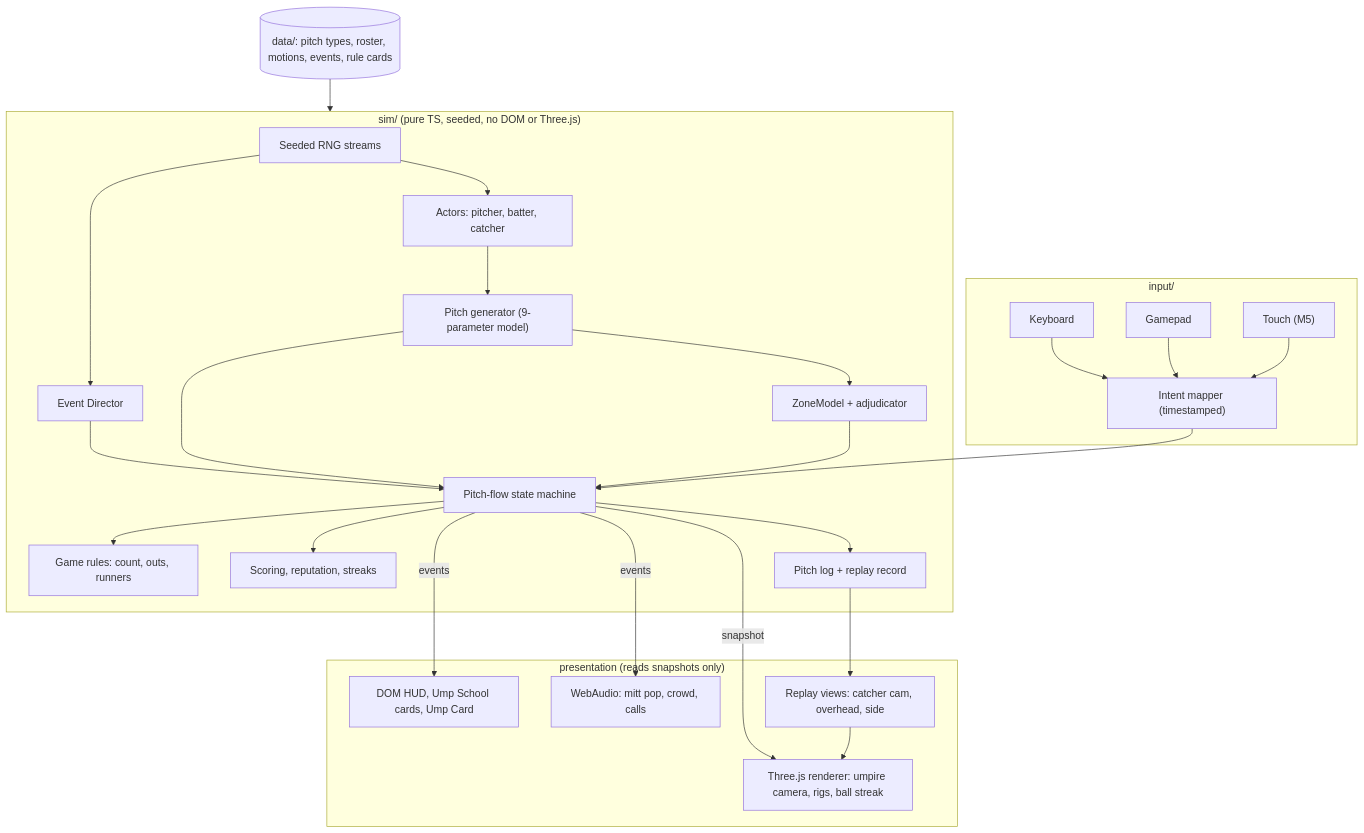
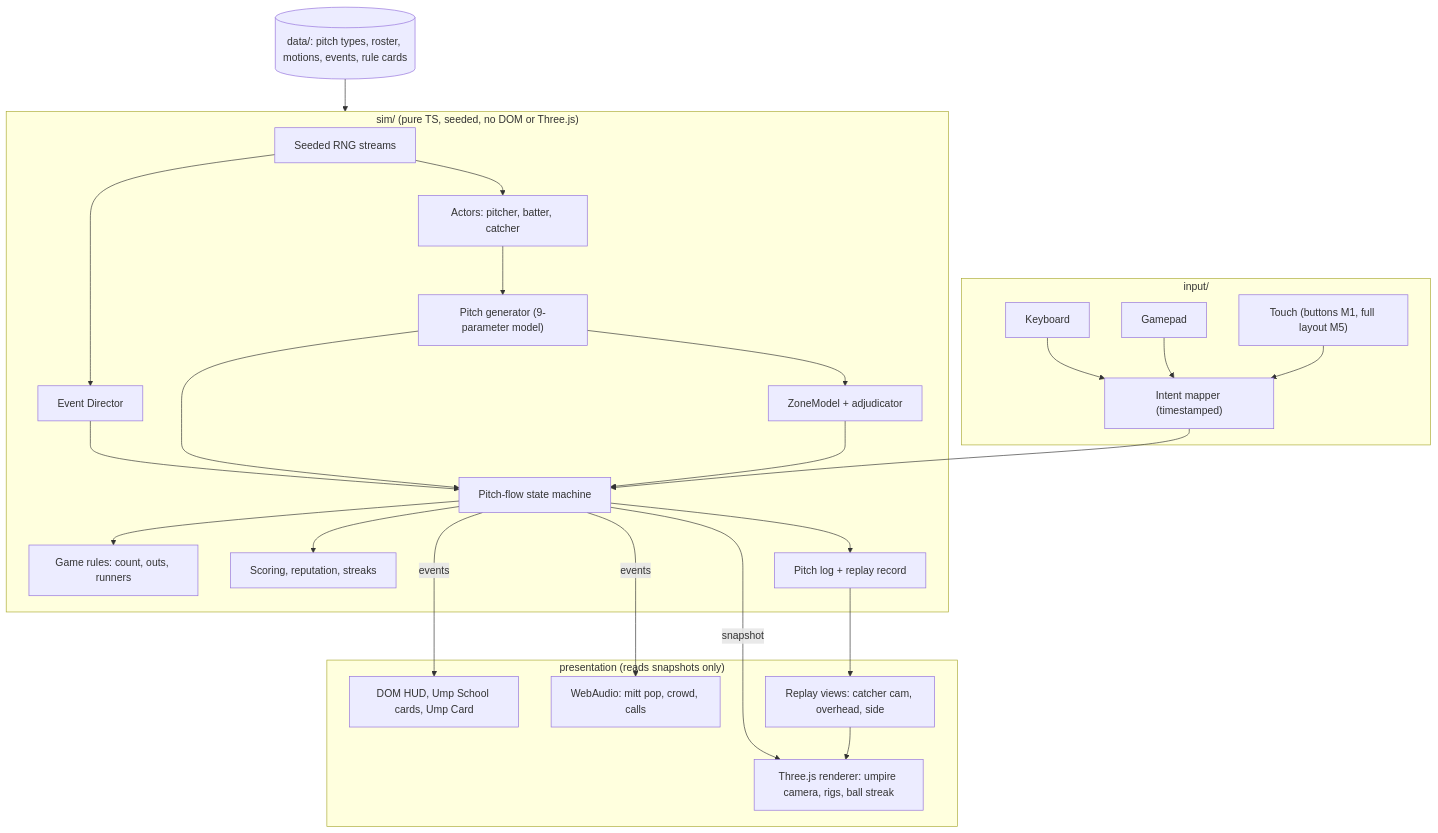
The first of 3 diagrams in docs/plans/2026-10-05-0759-feat-first-person-umpire-arcade-prototype-plan.md (EvanMyDude/ump), drawn with Mermaid before and after one commit. The commit also changed other lines of this file, not shown here.

````diff
--- a/docs/plans/2026-10-05-0759-feat-first-person-umpire-arcade-prototype-plan.md
+++ b/docs/plans/2026-10-05-0759-feat-first-person-umpire-arcade-prototype-plan.md
@@ -218,34 +218,34 @@
 ```mermaid
 flowchart TB
   subgraph IN["input/"]
     KB["Keyboard"] --> INT["Intent mapper (timestamped)"]
     GP["Gamepad"] --> INT
-    TCH["Touch (M5)"] --> INT
+    TCH["Touch (buttons M1, full layout M5)"] --> INT
   end
   subgraph SIM["sim/ (pure TS, seeded, no DOM or Three.js)"]
     RNG["Seeded RNG streams"] --> ACT["Actors: pitcher, batter, catcher"]
     RNG --> DIR["Event Director"]
     ACT --> GEN["Pitch generator (9-parameter model)"]
     GEN --> ZONE["ZoneModel + adjudicator"]
     FLOW["Pitch-flow state machine"]
     DIR --> FLOW
     GEN --> FLOW
     ZONE --> FLOW
     FLOW --> RULES["Game rules: count, outs, runners"]
     FLOW --> SCORE["Scoring, reputation, streaks"]
     FLOW --> LOG["Pitch log + replay record"]
   end
   DATA[("data/: pitch types, roster, motions, events, rule cards")] --> SIM
   INT --> FLOW
   subgraph PRES["presentation (reads snapshots only)"]
     R3D["Three.js renderer: umpire camera, rigs, ball streak"]
     HUD["DOM HUD, Ump School cards, Ump Card"]
     AUD["WebAudio: mitt pop, crowd, calls"]
     RPL["Replay views: catcher cam, overhead, side"]
   end
   FLOW -- "snapshot" --> R3D
   FLOW -- "events" --> HUD
   FLOW -- "events" --> AUD
   LOG --> RPL
   RPL --> R3D
 ```
````
